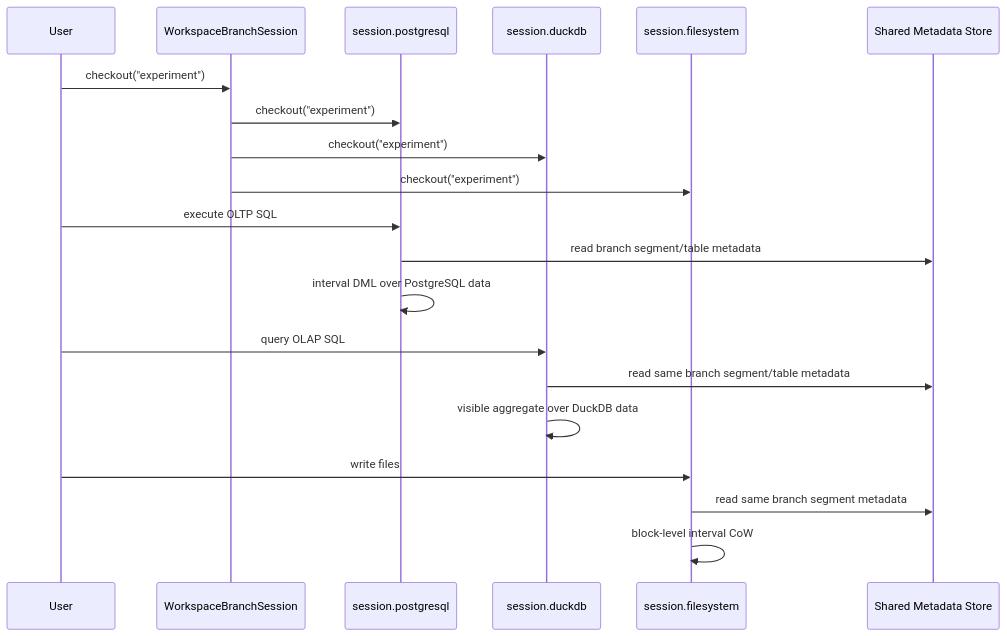
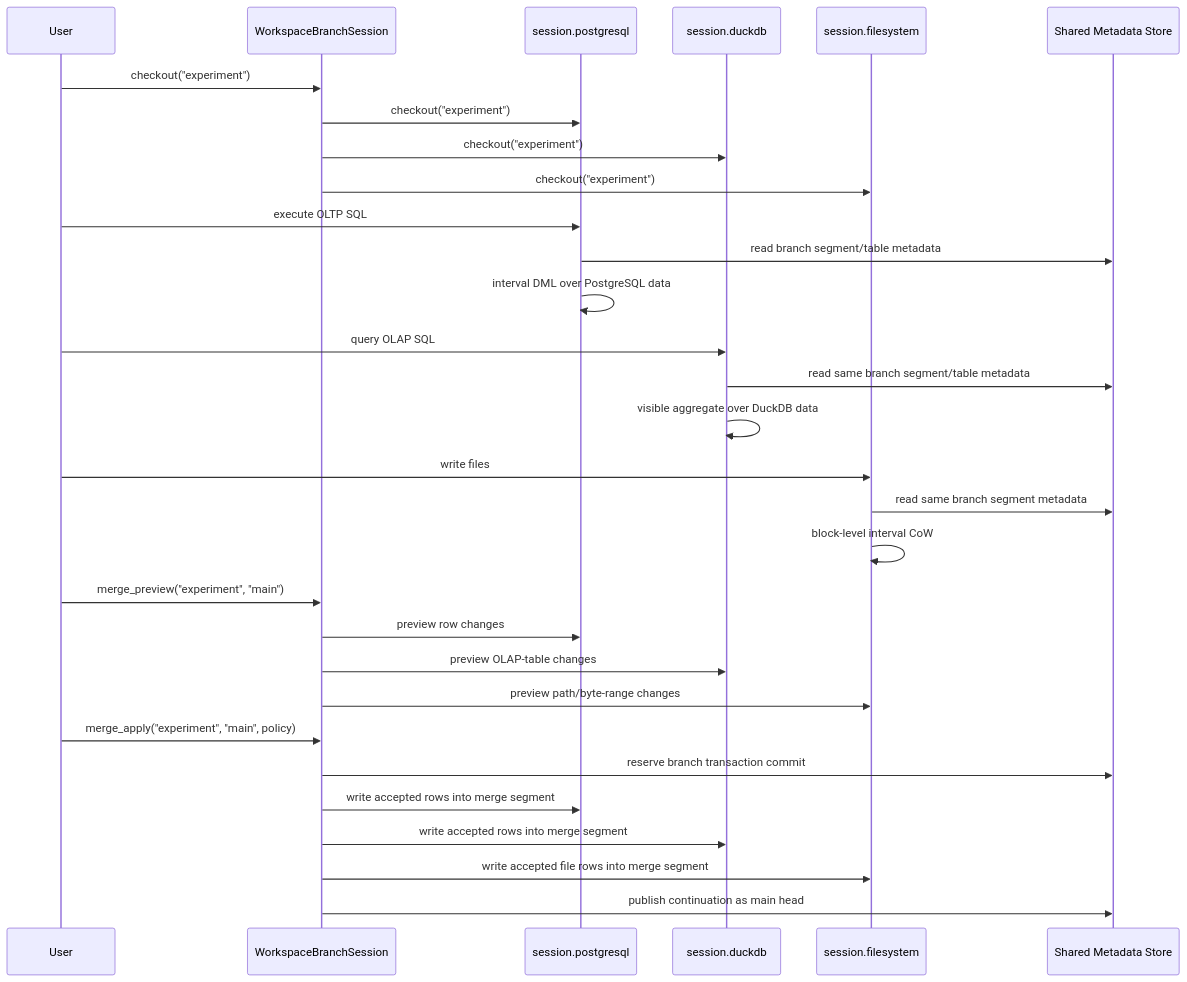
Before and after one commit to mitdbg/chronos: the diagram in docs/diagrams/polystore-session-processing.mmd, drawn with Mermaid. The commit also changed 35 other files, not shown here.

```diff
--- a/docs/diagrams/polystore-session-processing.mmd
+++ b/docs/diagrams/polystore-session-processing.mmd
@@ -1,24 +1,36 @@
 sequenceDiagram
   participant User
   participant WS as WorkspaceBranchSession
   participant PG as session.postgresql
   participant Duck as session.duckdb
   participant FS as session.filesystem
   participant Meta as Shared Metadata Store
 
   User->>WS: checkout("experiment")
   WS->>PG: checkout("experiment")
   WS->>Duck: checkout("experiment")
   WS->>FS: checkout("experiment")
 
   User->>PG: execute OLTP SQL
   PG->>Meta: read branch segment/table metadata
   PG->>PG: interval DML over PostgreSQL data
 
   User->>Duck: query OLAP SQL
   Duck->>Meta: read same branch segment/table metadata
   Duck->>Duck: visible aggregate over DuckDB data
 
   User->>FS: write files
   FS->>Meta: read same branch segment metadata
   FS->>FS: block-level interval CoW
+
+  User->>WS: merge_preview("experiment", "main")
+  WS->>PG: preview row changes
+  WS->>Duck: preview OLAP-table changes
+  WS->>FS: preview path/byte-range changes
+
+  User->>WS: merge_apply("experiment", "main", policy)
+  WS->>Meta: reserve branch transaction commit
+  WS->>PG: write accepted rows into merge segment
+  WS->>Duck: write accepted rows into merge segment
+  WS->>FS: write accepted file rows into merge segment
+  WS->>Meta: publish continuation as main head
```
